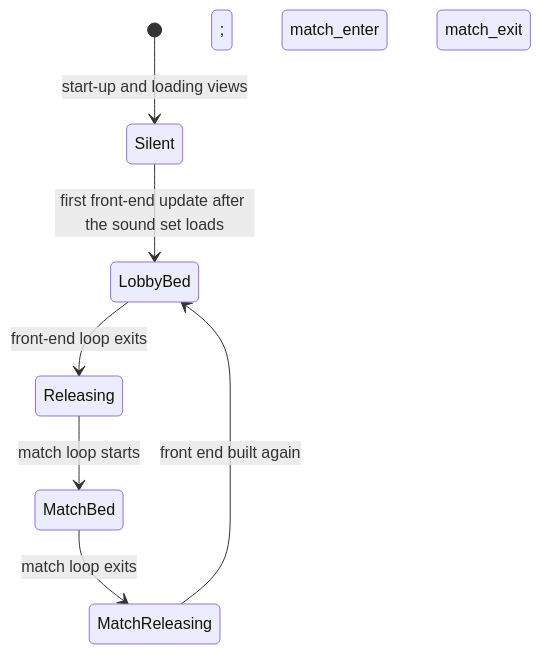
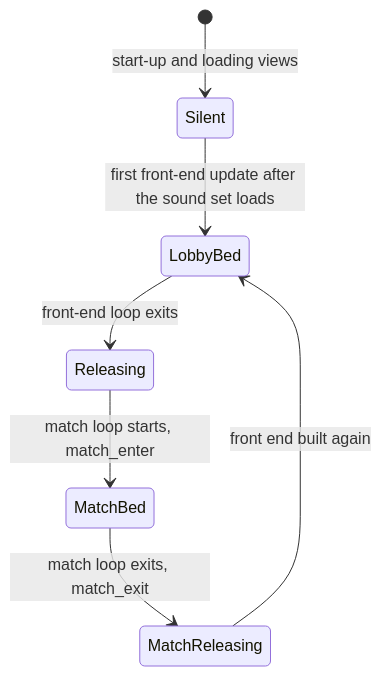
One commit to Zwaliebaba/Species.AI changed the second of 2 diagrams in design_next/reference/10_audio_design/front_end_hud_voice_and_ambience.md. Above: the diagram before and after it, drawn with Mermaid. The commit also changed other lines of this file and 17 other files, not shown here.

````diff
--- a/design_next/reference/10_audio_design/front_end_hud_voice_and_ambience.md
+++ b/design_next/reference/10_audio_design/front_end_hud_voice_and_ambience.md
@@ -148,9 +148,9 @@
 ```mermaid
 stateDiagram-v2
     [*] --> Silent : start-up and loading views
     Silent --> LobbyBed : first front-end update after the sound set loads
     LobbyBed --> Releasing : front-end loop exits
-    Releasing --> MatchBed : match loop starts; match_enter
-    MatchBed --> MatchReleasing : match loop exits; match_exit
+    Releasing --> MatchBed : match loop starts, match_enter
+    MatchBed --> MatchReleasing : match loop exits, match_exit
     MatchReleasing --> LobbyBed : front end built again
 ```
````
